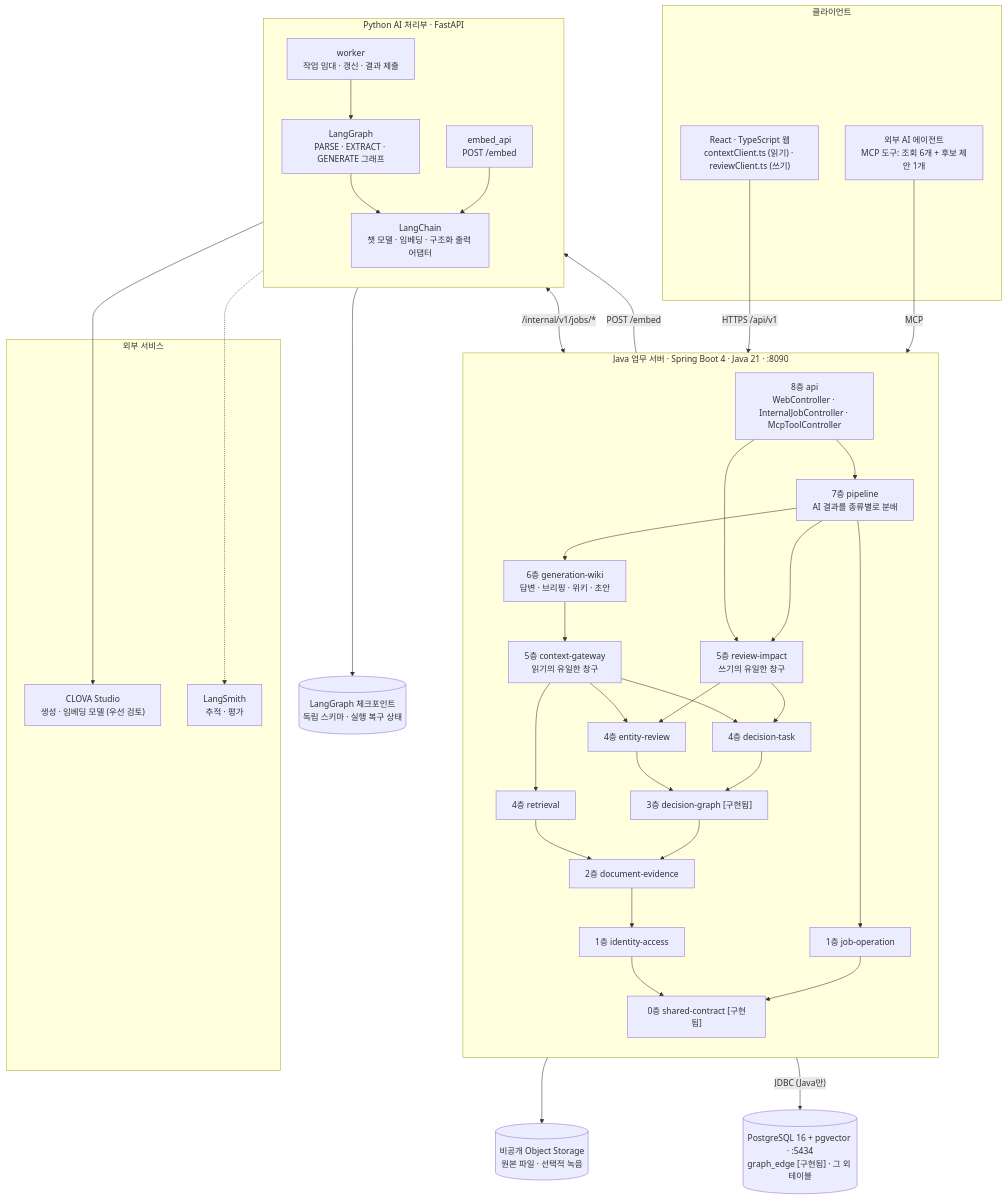
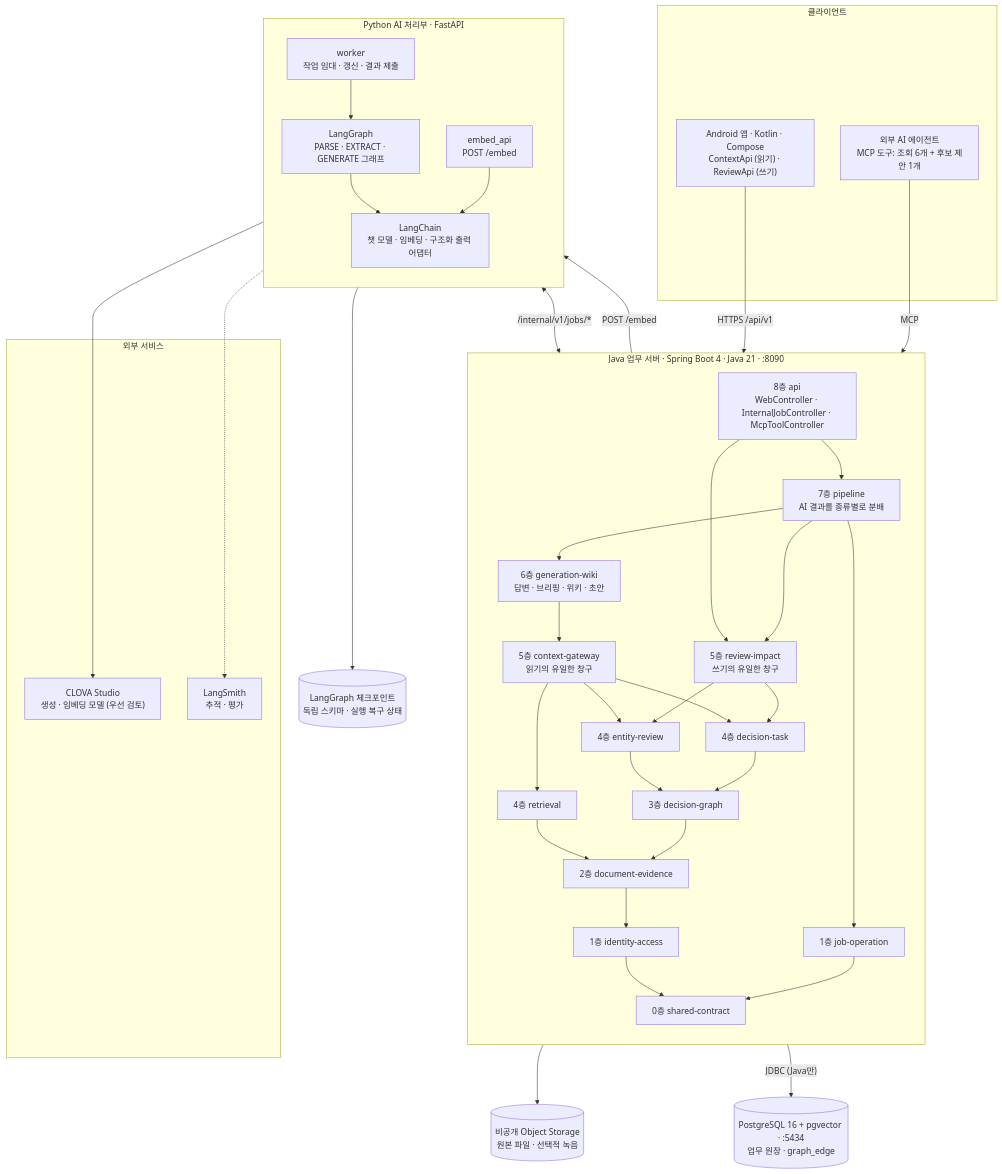
Before and after one commit to dainkil/contexa: the first of 6 diagrams in docs/contexa_architecture.md, drawn with Mermaid. The commit also changed other lines of this file and 8 other files, not shown here.

````diff
--- a/docs/contexa_architecture.md
+++ b/docs/contexa_architecture.md
@@ -19,65 +19,65 @@
 ```mermaid
 flowchart TB
     subgraph CLIENT["클라이언트"]
-        WEB["React · TypeScript 웹<br/>contextClient.ts (읽기) · reviewClient.ts (쓰기)"]
+        WEB["Android 앱 · Kotlin · Compose<br/>ContextApi (읽기) · ReviewApi (쓰기)"]
         AGENT["외부 AI 에이전트<br/>MCP 도구: 조회 6개 + 후보 제안 1개"]
     end
 
     subgraph JAVA["Java 업무 서버 · Spring Boot 4 · Java 21 · :8090"]
         direction TB
         API["8층 api<br/>WebController · InternalJobController · McpToolController"]
         PL["7층 pipeline<br/>AI 결과를 종류별로 분배"]
         GEN["6층 generation-wiki<br/>답변 · 브리핑 · 위키 · 초안"]
         GW["5층 context-gateway<br/>읽기의 유일한 창구"]
         RV["5층 review-impact<br/>쓰기의 유일한 창구"]
         RET["4층 retrieval"]
         ENT["4층 entity-review"]
         DT["4층 decision-task"]
-        GR["3층 decision-graph [구현됨]"]
+        GR["3층 decision-graph"]
         DOC["2층 document-evidence"]
         IAM["1층 identity-access"]
         JOB["1층 job-operation"]
-        CON["0층 shared-contract [구현됨]"]
+        CON["0층 shared-contract"]
         API --> PL --> GEN --> GW
         API --> RV
         PL --> RV
         GW --> RET & ENT & DT
         RV --> ENT & DT
         RET --> DOC
         ENT --> GR
         DT --> GR
         GR --> DOC --> IAM
         PL --> JOB
         IAM --> CON
         JOB --> CON
     end
 
     subgraph PY["Python AI 처리부 · FastAPI"]
         direction TB
         WORKER["worker<br/>작업 임대 · 갱신 · 결과 제출"]
         LG["LangGraph<br/>PARSE · EXTRACT · GENERATE 그래프"]
         LC["LangChain<br/>챗 모델 · 임베딩 · 구조화 출력 어댑터"]
         EMB["embed_api<br/>POST /embed"]
         WORKER --> LG --> LC
         EMB --> LC
     end
 
     subgraph EXT["외부 서비스"]
         MODEL["CLOVA Studio<br/>생성 · 임베딩 모델 (우선 검토)"]
         LS["LangSmith<br/>추적 · 평가"]
     end
 
-    DB[("PostgreSQL 16 + pgvector · :5434<br/>graph_edge [구현됨] · 그 외 테이블")]
+    DB[("PostgreSQL 16 + pgvector · :5434<br/>업무 원장 · graph_edge")]
     CP[("LangGraph 체크포인트<br/>독립 스키마 · 실행 복구 상태")]
     OBJ[("비공개 Object Storage<br/>원본 파일 · 선택적 녹음")]
 
     WEB -->|"HTTPS /api/v1"| API
     AGENT -->|"MCP"| API
     WORKER <-->|"/internal/v1/jobs/*"| API
     RET -->|"POST /embed"| EMB
     LC --> MODEL
     LG -.-> LS
     LG --> CP
     JAVA -->|"JDBC (Java만)"| DB
     DOC --> OBJ
 ```
````
